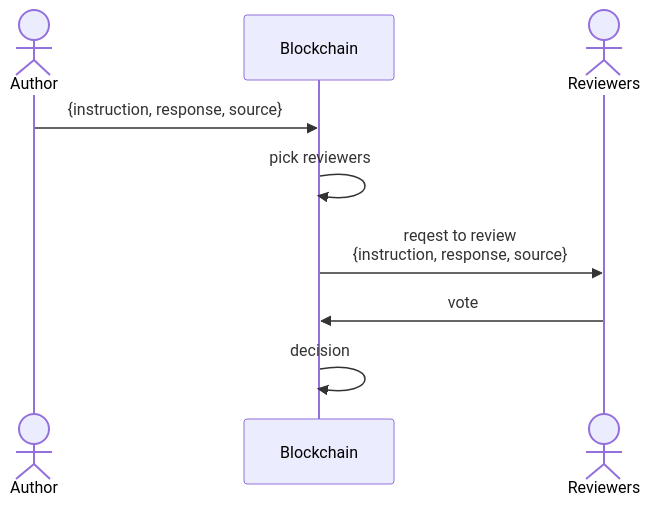
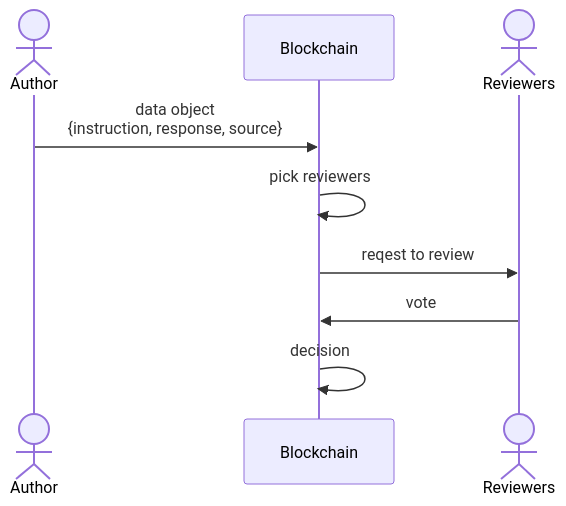
Before and after one commit to kirilligum/ethonline2023-goodprompt: the diagram in visuals/ux.mmd, drawn with Mermaid. The commit also changed 1 other file, not shown here.

```diff
--- a/visuals/ux.mmd
+++ b/visuals/ux.mmd
@@ -1,9 +1,9 @@
 sequenceDiagram
   actor a as Author
   participant b as Blockchain
   actor r as Reviewers
-  a ->> b: {instruction, response, source}
+  a ->> b: data object<br/>{instruction, response, source}
   b ->> b: pick reviewers
-  b ->> r: reqest to review<br/>{instruction, response, source}
+  b ->> r: reqest to review
   r ->> b: vote
   b ->> b: decision
```
